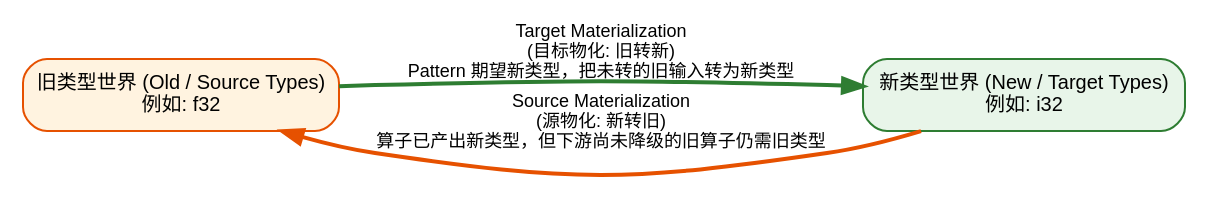
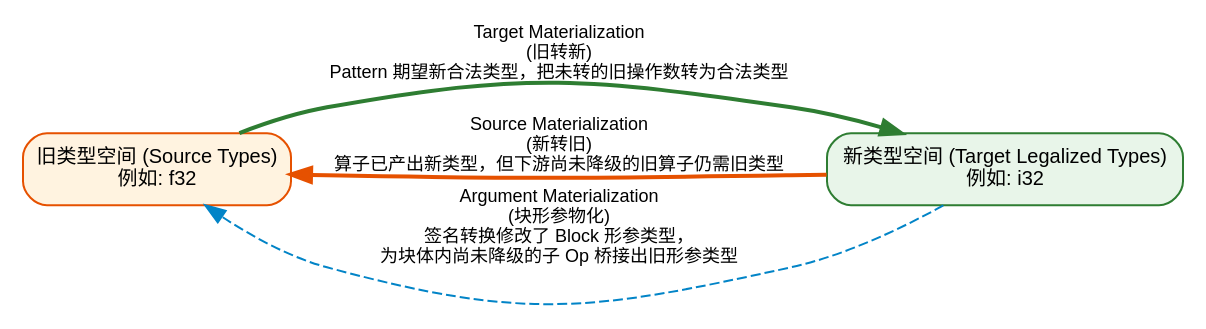
Before and after one commit to hqu-little-boy/blog: diagram 17 of 18 in src/content/posts/mlir-dialect-system-and-conversion-infrastructure-guide.md, drawn with Graphviz. The commit also changed other lines of this file, not shown here.

````diff
--- a/src/content/posts/mlir-dialect-system-and-conversion-infrastructure-guide.md
+++ b/src/content/posts/mlir-dialect-system-and-conversion-infrastructure-guide.md
@@ -760,13 +902,14 @@
 ```graphviz
-digraph MaterializationFlow {
+digraph MaterializationTriad {
     rankdir=LR;
     node [shape=box, style="rounded,filled", fontname="sans-serif", fontsize=10];
     edge [fontname="sans-serif", fontsize=9];
 
-    OldWorld [label="旧类型世界 (Old / Source Types)\n例如: f32", fillcolor="#fff3e0", color="#e65100"];
-    NewWorld [label="新类型世界 (New / Target Types)\n例如: i32", fillcolor="#e8f5e9", color="#2e7d32"];
+    OldWorld [label="旧类型空间 (Source Types)\n例如: f32", fillcolor="#fff3e0", color="#e65100"];
+    NewWorld [label="新类型空间 (Target Legalized Types)\n例如: i32", fillcolor="#e8f5e9", color="#2e7d32"];
 
-    OldWorld -> NewWorld [label=" Target Materialization\n(目标物化: 旧转新)\nPattern 期望新类型，把未转的旧输入转为新类型", color="#2e7d32", style="bold"];
-    NewWorld -> OldWorld [label=" Source Materialization\n(源物化: 新转旧)\n算子已产出新类型，但下游尚未降级的旧算子仍需旧类型", color="#e65100", style="bold"];
+    OldWorld -> NewWorld [label=" Target Materialization\n(旧转新)\nPattern 期望新合法类型，把未转的旧操作数转为合法类型", color="#2e7d32", style="bold"];
+    NewWorld -> OldWorld [label=" Source Materialization\n(新转旧)\n算子已产出新类型，但下游尚未降级的旧算子仍需旧类型", color="#e65100", style="bold"];
+    NewWorld -> OldWorld [label=" Argument Materialization\n(块形参物化)\n签名转换修改了 Block 形参类型，\n为块体内尚未降级的子 Op 桥接出旧形参类型", color="#0284c7", style="dashed"];
 }
 ```
````
